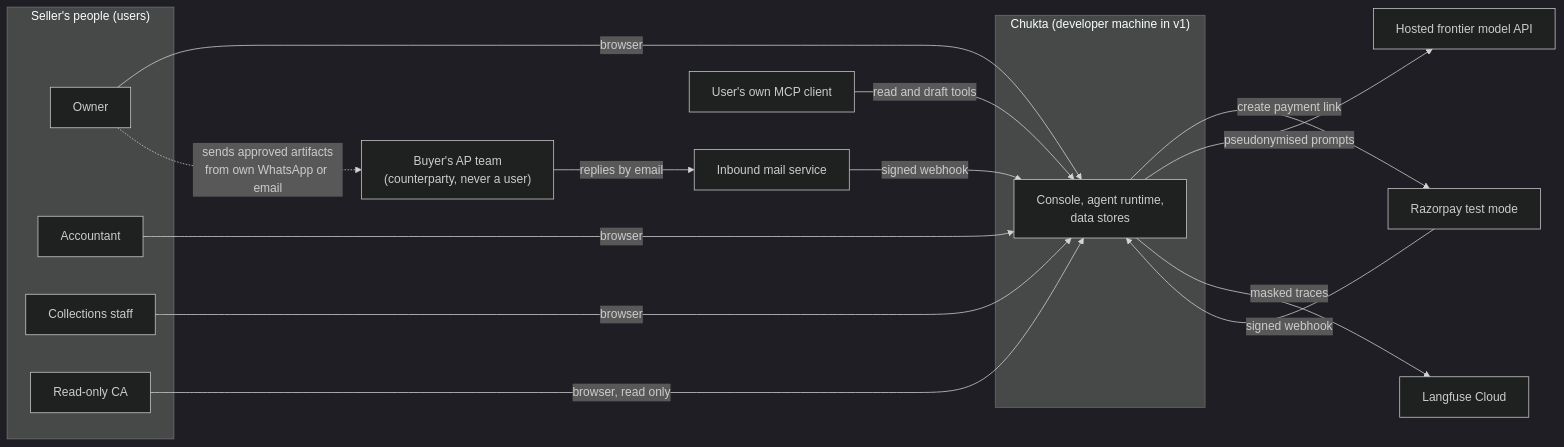
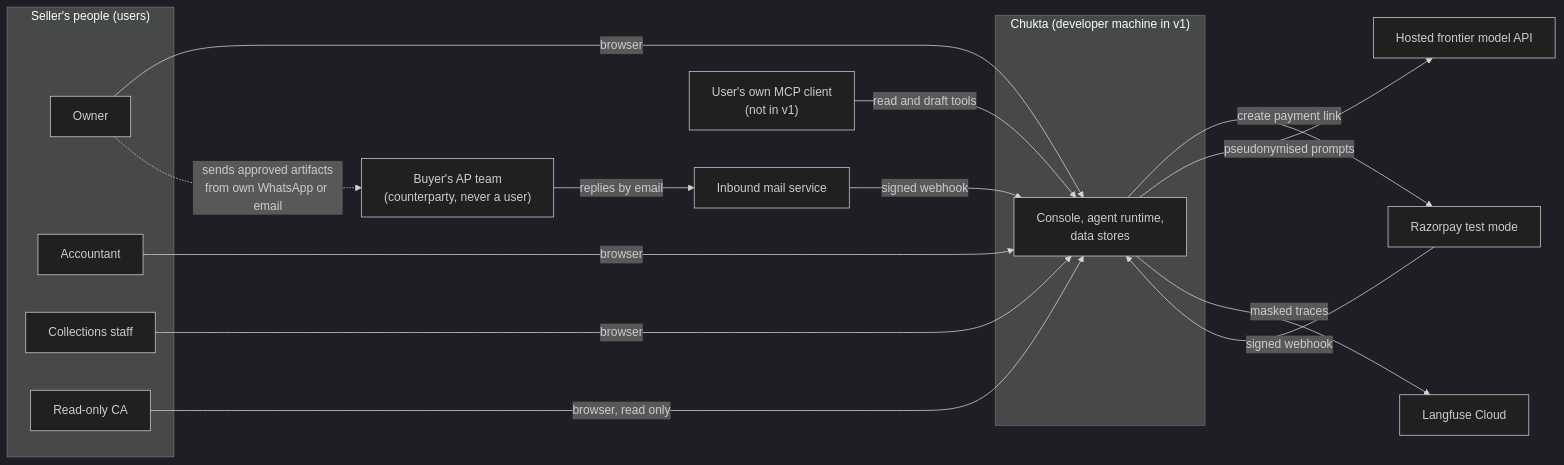
The first of 10 diagrams in docs/01-ARCHITECTURE.md (monarchsolanki/chukta), drawn with Mermaid (dark theme) before and after one commit. The commit also changed other lines of this file and 4 other files, not shown here.

First line of the commit message:
docs: revise the PRD, architecture, threat model and data classification for C-1, C-2 and delta 1

````diff
--- a/docs/01-ARCHITECTURE.md
+++ b/docs/01-ARCHITECTURE.md
@@ -41,31 +41,31 @@
 ```mermaid
 flowchart LR
   subgraph People["Seller's people (users)"]
     OW["Owner"]
     AC["Accountant"]
     CS["Collections staff"]
     CA["Read-only CA"]
   end
   subgraph Chukta["Chukta (developer machine in v1)"]
     SYS["Console, agent runtime,<br/>data stores"]
   end
   BUY["Buyer's AP team<br/>(counterparty, never a user)"]
   MAIL["Inbound mail service"]
   RZP["Razorpay test mode"]
   LLM["Hosted frontier model API"]
   LF["Langfuse Cloud"]
-  MCPC["User's own MCP client"]
+  MCPC["User's own MCP client<br/>(not in v1)"]
 
   OW -->|"browser"| SYS
   AC -->|"browser"| SYS
   CS -->|"browser"| SYS
   CA -->|"browser, read only"| SYS
   BUY -->|"replies by email"| MAIL
   MAIL -->|"signed webhook"| SYS
   SYS -->|"create payment link"| RZP
   RZP -->|"signed webhook"| SYS
   SYS -->|"pseudonymised prompts"| LLM
   SYS -->|"masked traces"| LF
   MCPC -->|"read and draft tools"| SYS
   OW -.->|"sends approved artifacts<br/>from own WhatsApp or email"| BUY
 ```
````
